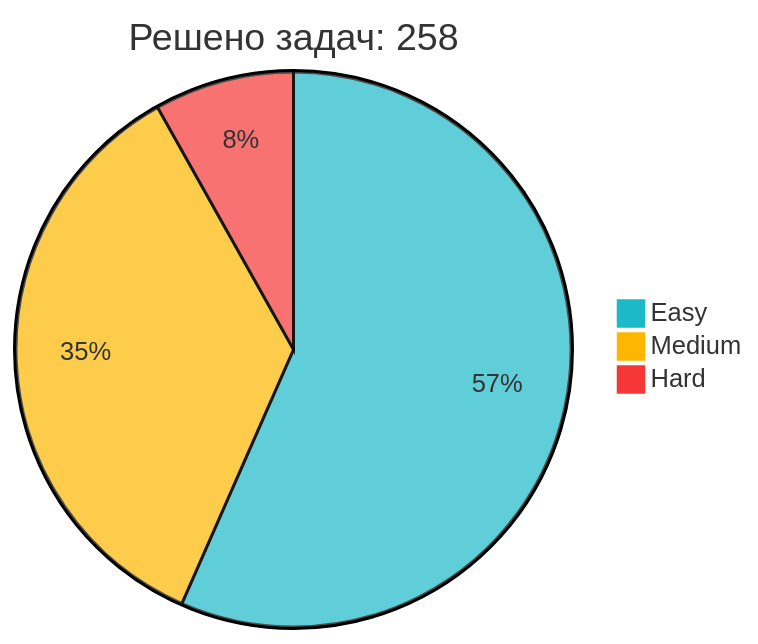
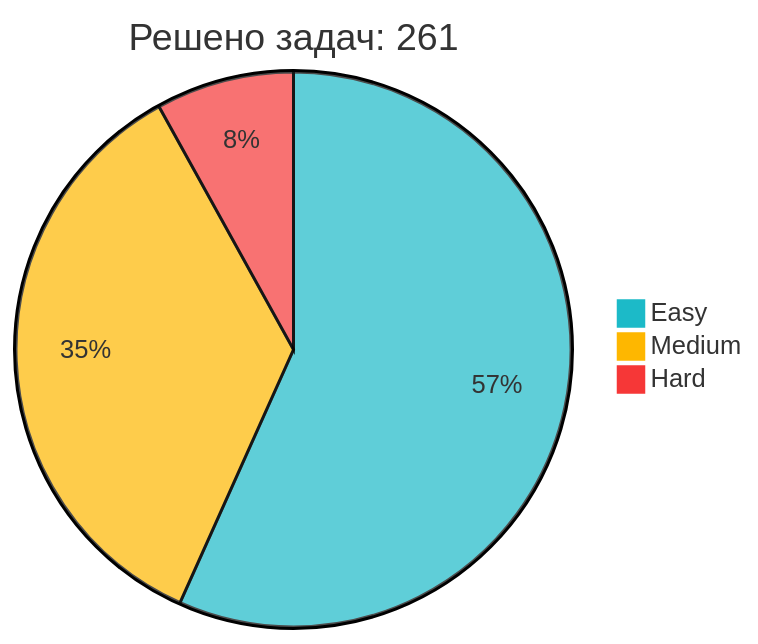
One commit to IliaKurdukov/IliaKurdukov changed the diagram in README.md. Above: the diagram before and after it, drawn with Mermaid. The commit also changed other lines of this file, not shown here.

Commit message:
📈 Обновление статистики LeetCode

````diff
--- a/README.md
+++ b/README.md
@@ -51,7 +51,7 @@
 ```mermaid
 %%{init: {'theme': 'base', 'themeVariables': { 'pie1': '#1CBAC8', 'pie2': '#FEB700', 'pie3': '#F63737' }, 'config': {'width': 300, 'height': 200}}}%%
-pie title Решено задач: 258
-   "Easy" : 146
-   "Medium" : 91
+pie title Решено задач: 261
+   "Easy" : 148
+   "Medium" : 92
    "Hard" : 21
 ```
````
